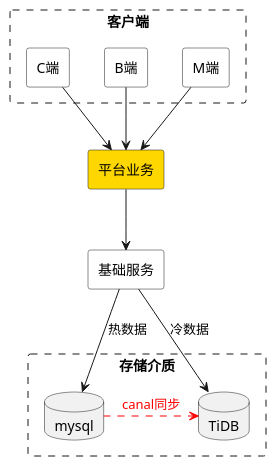
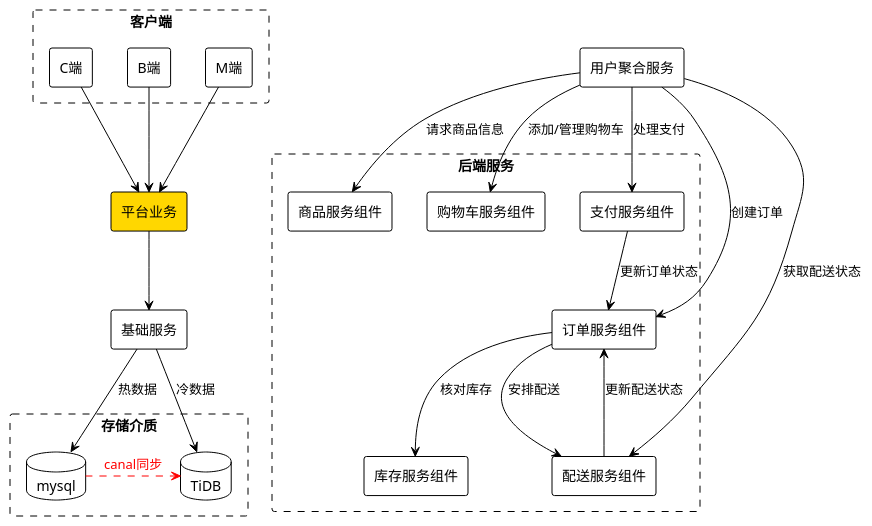
The diagram in diagram/ComponentDemo.puml (dictionaryshi/wxjj), drawn with PlantUML before and after one commit.

Commit message:
ComponentDemo.puml

```diff
--- a/diagram/ComponentDemo.puml
+++ b/diagram/ComponentDemo.puml
@@ -1,38 +1,63 @@
 @startuml
+
+'简约主题'
+!theme plain
 
 skinparam component {
     Style rectangle
     BackgroundColor white
 }
 
 skinparam rectangle {
     BorderStyle dashed
 }
 
 rectangle "客户端" {
     component "C端" as A
     component "B端" as B
     component "M端" as M
 }
 
 component "平台业务" as P #gold
 
 component "基础服务" as J
 
 rectangle "存储介质" {
     database mysql
     database TiDB
 }
 
 A --> P
 B --> P
 M --> P
 
 P --> J
 
 J -down-> mysql : 热数据
 J -down-> TiDB : 冷数据
 
 mysql -.right-> TiDB #red : <color:red>canal同步</color>
 
+[用户聚合服务]
+
+rectangle "后端服务" {
+  [商品服务组件]
+  [购物车服务组件]
+  [订单服务组件]
+  [支付服务组件]
+  [库存服务组件]
+  [配送服务组件]
+}
+
+[用户聚合服务] --> [商品服务组件] : 请求商品信息
+[用户聚合服务] --> [购物车服务组件] : 添加/管理购物车
+[用户聚合服务] --> [订单服务组件] : 创建订单
+[用户聚合服务] --> [支付服务组件] : 处理支付
+[用户聚合服务] --> [配送服务组件] : 获取配送状态
+
+[订单服务组件] --> [库存服务组件] : 核对库存
+[订单服务组件] --> [配送服务组件] : 安排配送
+[支付服务组件] --> [订单服务组件] : 更新订单状态
+[配送服务组件] --> [订单服务组件] : 更新配送状态
+
 @enduml
```
